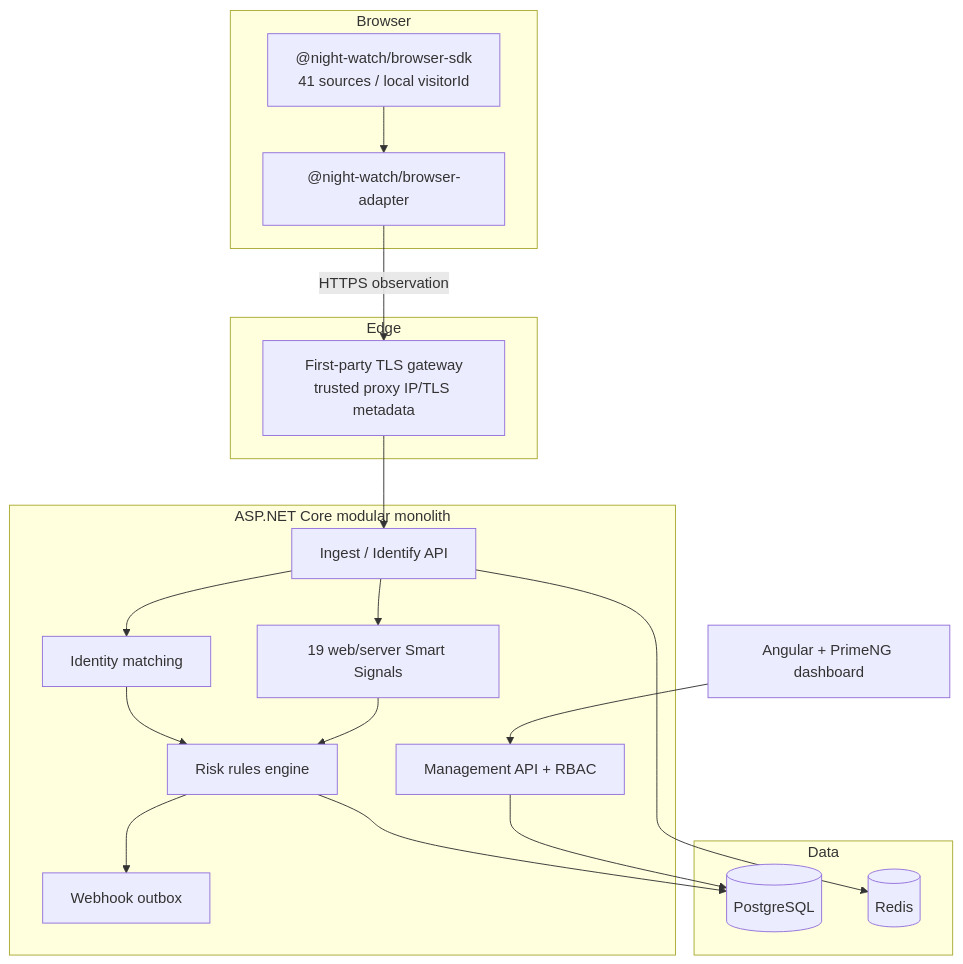
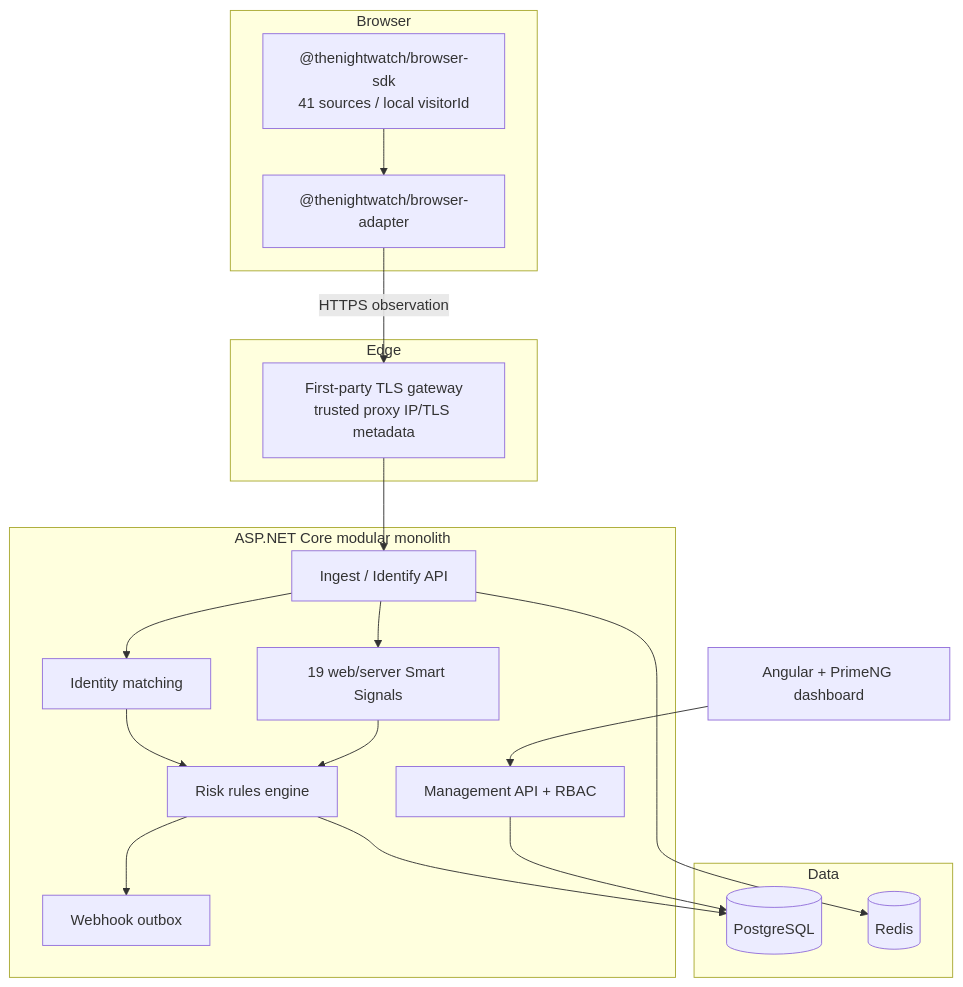
The second of 3 diagrams in docs/proplus-architecture/C4_AND_FLOWS.md (MeladKamari/night-watch), drawn with Mermaid before and after one commit. The commit also changed 271 other files, not shown here.

First line of the commit message:
Complete Night Watch @thenightwatch rename across sources and docs.

````diff
--- a/docs/proplus-architecture/C4_AND_FLOWS.md
+++ b/docs/proplus-architecture/C4_AND_FLOWS.md
@@ -24,34 +24,34 @@
 ```mermaid
 flowchart TB
   subgraph Browser
-    Legacy["@night-watch/browser-sdk<br/>41 sources / local visitorId"]
-    Adapter["@night-watch/browser-adapter"]
+    Legacy["@thenightwatch/browser-sdk<br/>41 sources / local visitorId"]
+    Adapter["@thenightwatch/browser-adapter"]
     Legacy --> Adapter
   end
   subgraph Edge
     GW[First-party TLS gateway<br/>trusted proxy IP/TLS metadata]
   end
   subgraph Platform["ASP.NET Core modular monolith"]
     Ingest[Ingest / Identify API]
     Match[Identity matching]
     Signals[19 web/server Smart Signals]
     Risk[Risk rules engine]
     AdminAPI[Management API + RBAC]
     Outbox[Webhook outbox]
   end
   subgraph Data
     PG[(PostgreSQL)]
     Redis[(Redis)]
   end
   UI[Angular + PrimeNG dashboard]
   Adapter -->|HTTPS observation| GW --> Ingest
   Ingest --> Match
   Ingest --> Signals
   Match --> Risk
   Signals --> Risk
   Risk --> PG
   Ingest --> Redis
   Risk --> Outbox
   AdminAPI --> PG
   UI --> AdminAPI
 ```
````
